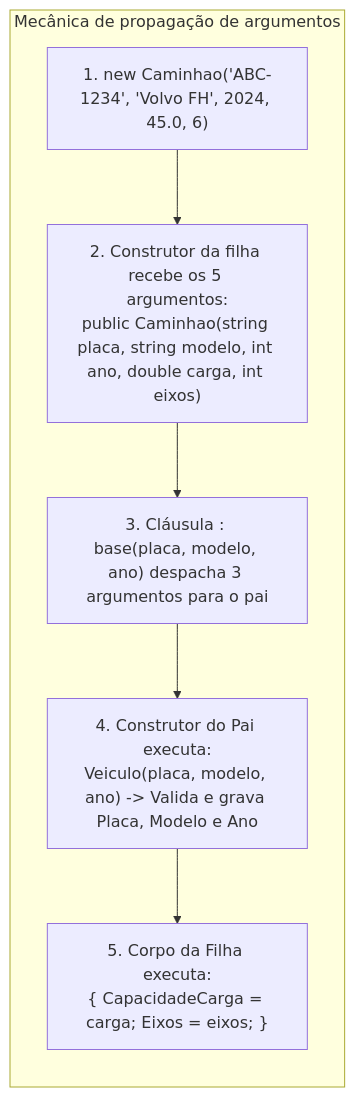
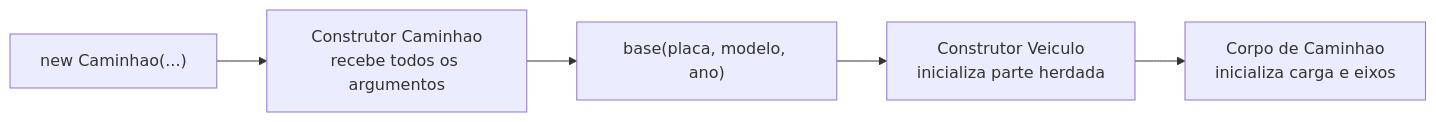
The second of 3 diagrams in 01. Programacao Modular/16. Construtores em classes filhas (ordem de inicialização e a cláusula base).md (leorruas/puc), drawn with Mermaid before and after one commit. The commit also changed other lines of this file, not shown here.

Commit message:
Normaliza Mermaid de construtores em subclasses

````diff
--- a/01. Programacao Modular/16. Construtores em classes filhas (ordem de inicialização e a cláusula base).md
+++ b/01. Programacao Modular/16. Construtores em classes filhas (ordem de inicialização e a cláusula base).md
@@ -92,21 +83,13 @@
 ```mermaid
-flowchart TD
-    subgraph PropagacaoArgumentos ["Mecânica de propagação de argumentos"]
-        direction TB
+flowchart LR
+    Chamada["new Caminhao(...)"]:::external
+    Filha["Construtor Caminhao<br>recebe todos os argumentos"]:::core
+    Base["base(placa, modelo, ano)"]:::component
+    Veiculo["Construtor Veiculo<br>inicializa parte herdada"]:::component
+    Corpo["Corpo de Caminhao<br>inicializa carga e eixos"]:::data
 
-        Chamada["1. new Caminhao('ABC-1234', 'Volvo FH', 2024, 45.0, 6)"]
-
-        AssinaturaFilha["2. Construtor da filha recebe os 5 argumentos:<br>public Caminhao(string placa, string modelo, int ano, double carga, int eixos)"]
-
-        ClausulaBase["3. Cláusula : base(placa, modelo, ano) despacha 3 argumentos para o pai"]
-
-        ExecPai["4. Construtor do Pai executa:<br>Veiculo(placa, modelo, ano) -> Valida e grava Placa, Modelo e Ano"]
-
-        CorpoFilha["5. Corpo da Filha executa:<br>{ CapacidadeCarga = carga; Eixos = eixos; }"]
-
-        Chamada --> AssinaturaFilha
-        AssinaturaFilha --> ClausulaBase
-        ClausulaBase --> ExecPai
-        ExecPai --> CorpoFilha
-    end
+    Chamada --> Filha
+    Filha --> Base
+    Base --> Veiculo
+    Veiculo --> Corpo
 ```
````
